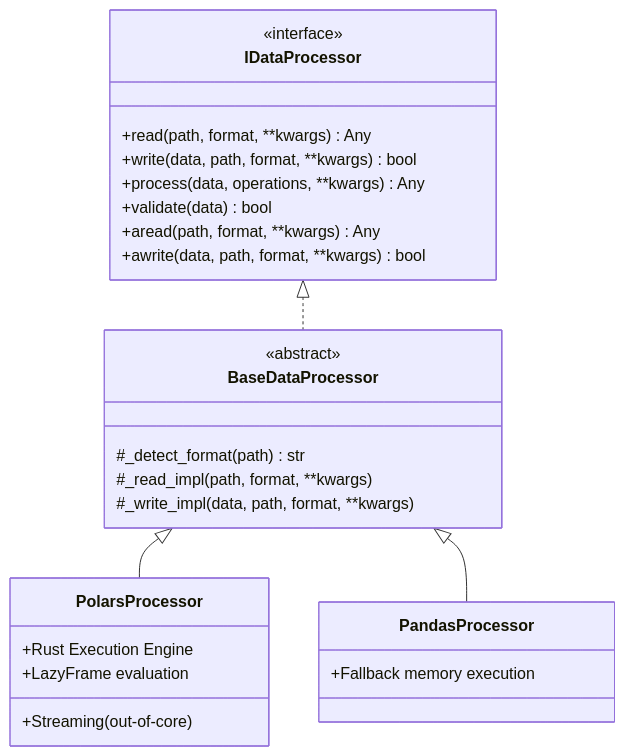
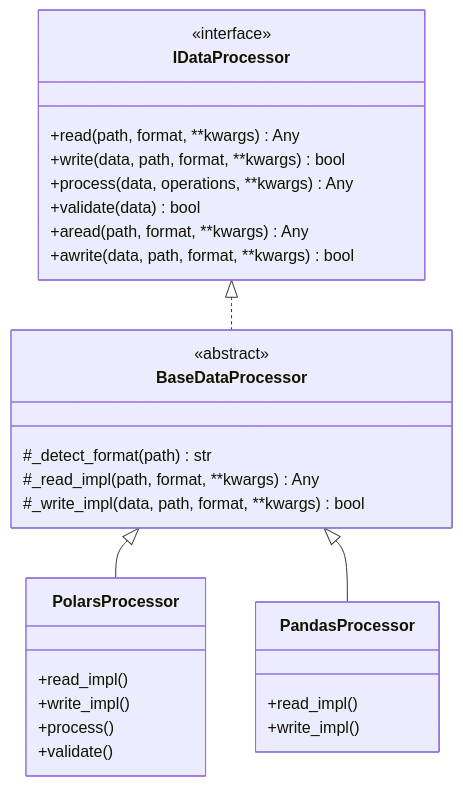
One commit to OpenBlatam/Truthgpt changed the diagram in specs/06_DATA_PROCESSING_SPEC.md. Above: the diagram before and after it, drawn with Mermaid. The commit also changed other lines of this file and 1995 other files, not shown here.

````diff
--- a/specs/06_DATA_PROCESSING_SPEC.md
+++ b/specs/06_DATA_PROCESSING_SPEC.md
@@ -19,33 +48,35 @@
 ```mermaid
 classDiagram
     class IDataProcessor {
         <<interface>>
         +read(path, format, **kwargs) Any
         +write(data, path, format, **kwargs) bool
         +process(data, operations, **kwargs) Any
         +validate(data) bool
         +aread(path, format, **kwargs) Any
         +awrite(data, path, format, **kwargs) bool
     }
     
     class BaseDataProcessor {
         <<abstract>>
         #_detect_format(path) str
-        #_read_impl(path, format, **kwargs)
-        #_write_impl(data, path, format, **kwargs)
+        #_read_impl(path, format, **kwargs) Any
+        #_write_impl(data, path, format, **kwargs) bool
     }
     
     class PolarsProcessor {
-        +Rust Execution Engine
-        +LazyFrame evaluation
-        +Streaming (out-of-core)
+        +read_impl()
+        +write_impl()
+        +process()
+        +validate()
     }
     
     class PandasProcessor {
-        +Fallback memory execution
+        +read_impl()
+        +write_impl()
     }
 
     IDataProcessor <|.. BaseDataProcessor
     BaseDataProcessor <|-- PolarsProcessor
     BaseDataProcessor <|-- PandasProcessor
 ```
````
